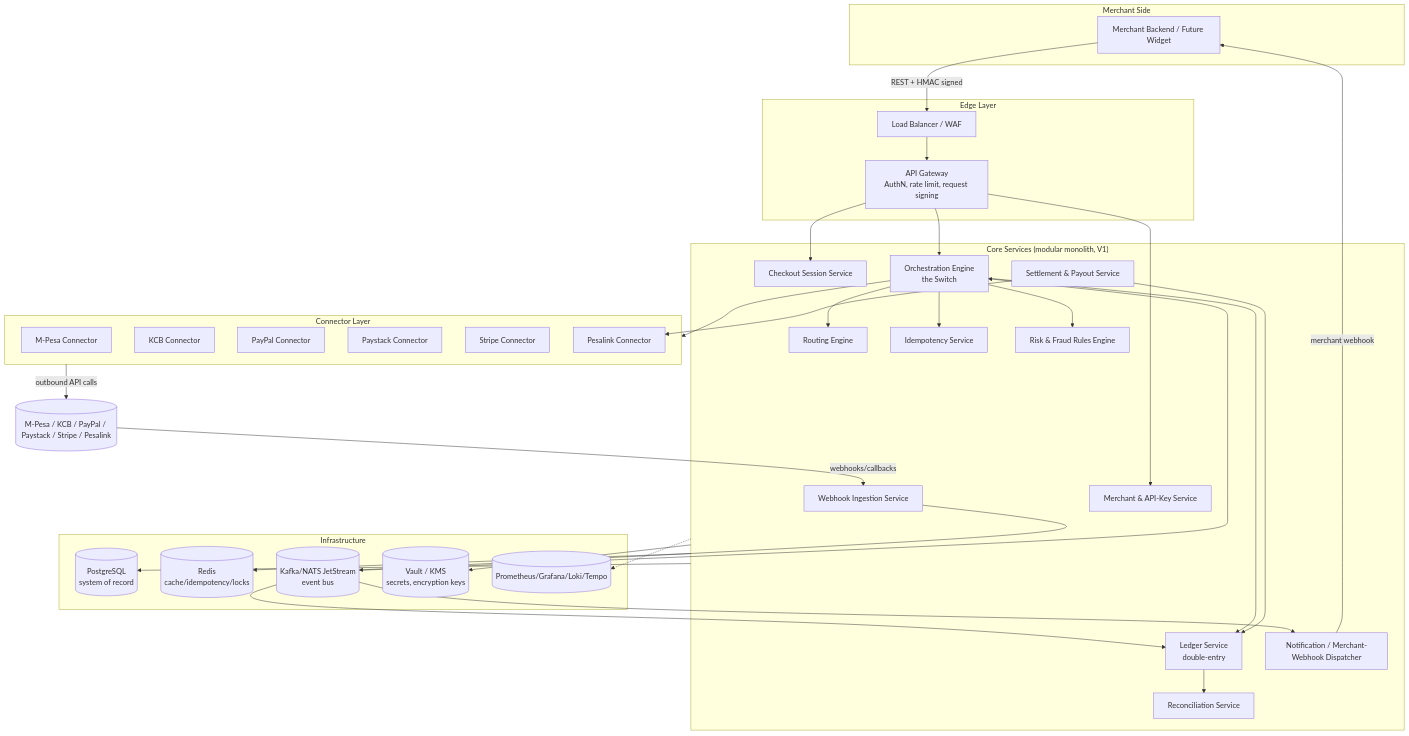
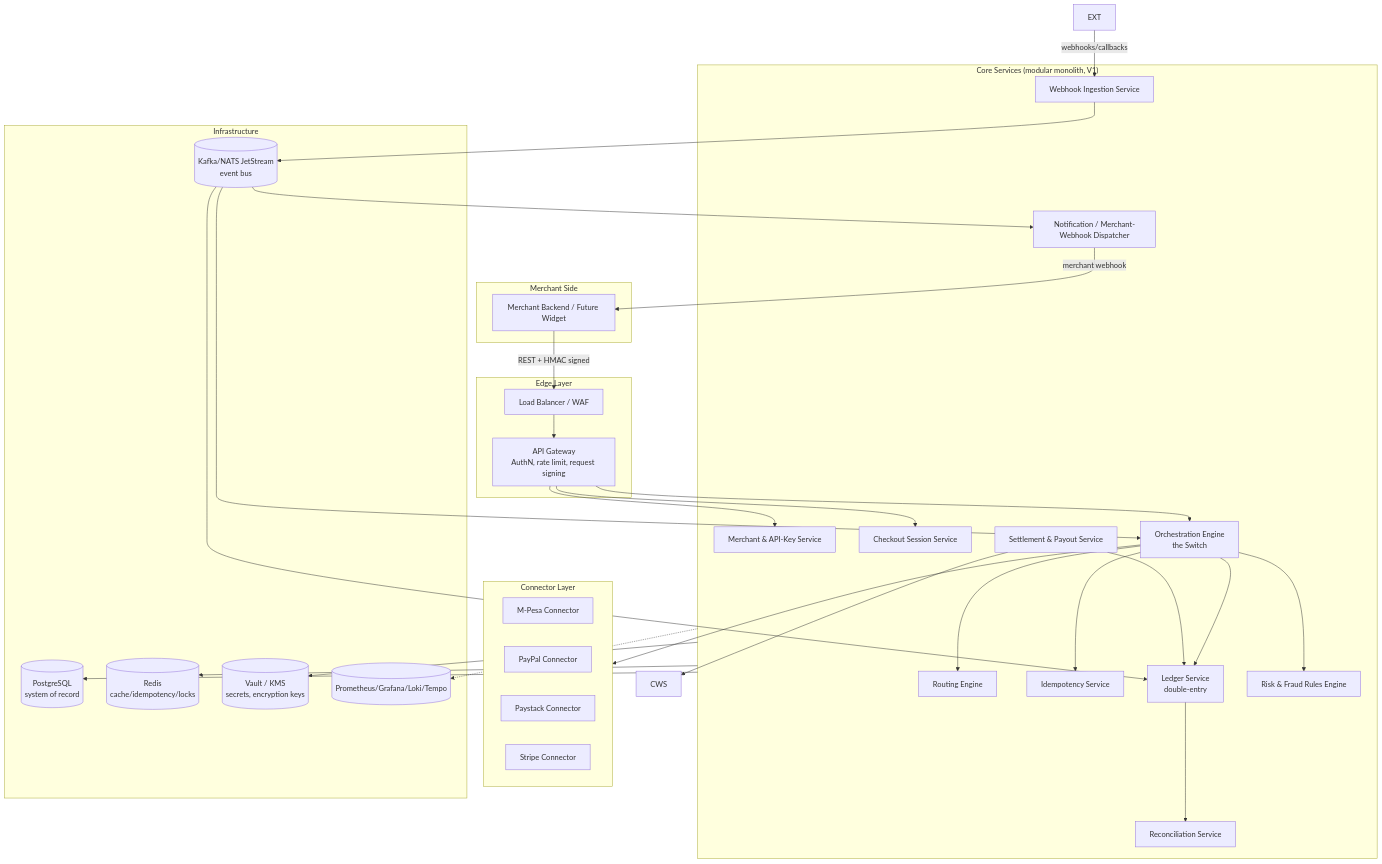
The first of 5 diagrams in architecture.md (paulodhiambo/zia), drawn with Mermaid before and after one commit. The commit also changed other lines of this file and 34 other files, not shown here.

First line of the commit message:
feat: replace KCB with Google Pay, then strip to mpesa+paystack only

````diff
--- a/architecture.md
+++ b/architecture.md
@@ -41,66 +38,63 @@
 ```mermaid
 flowchart TB
     subgraph Merchant["Merchant Side"]
         MAPP[Merchant Backend / Future Widget]
     end
 
     subgraph Edge["Edge Layer"]
         LB[Load Balancer / WAF]
         GW[API Gateway<br/>AuthN, rate limit, request signing]
     end
 
     subgraph Core["Core Services (modular monolith, V1)"]
         MS[Merchant & API-Key Service]
         CS[Checkout Session Service]
         ORC[Orchestration Engine<br/>the Switch]
         RTE[Routing Engine]
         IDP[Idempotency Service]
         LED[Ledger Service<br/>double-entry]
         REC[Reconciliation Service]
         WH[Webhook Ingestion Service]
         NOT[Notification / Merchant-Webhook Dispatcher]
         FRD[Risk & Fraud Rules Engine]
         SET[Settlement & Payout Service]
     end
 
     subgraph Conn["Connector Layer"]
         CMP[M-Pesa Connector]
-        CKCB[KCB Connector]
         CPP[PayPal Connector]
         CPS[Paystack Connector]
         CST[Stripe Connector]
-        CWS[Pesalink Connector]
     end
 
     subgraph Infra["Infrastructure"]
         PG[(PostgreSQL<br/>system of record)]
         RDS[(Redis<br/>cache/idempotency/locks)]
         MQ[(Kafka/NATS JetStream<br/>event bus)]
         VLT[(Vault / KMS<br/>secrets, encryption keys)]
         OBS[(Prometheus/Grafana/Loki/Tempo)]
     end
 
     MAPP -->|REST + HMAC signed| LB --> GW
     GW --> MS
     GW --> CS
     GW --> ORC
     ORC --> RTE
     ORC --> IDP
     ORC --> FRD
     ORC --> Conn
-    Conn -->|outbound API calls| EXT[(M-Pesa / KCB / PayPal / Paystack / Stripe / Pesalink)]
     EXT -->|webhooks/callbacks| WH
     WH --> MQ
     MQ --> ORC
     MQ --> LED
     MQ --> NOT
     NOT -->|merchant webhook| MAPP
     ORC --> LED
     LED --> REC
     SET --> CWS
     SET --> LED
     Core --> PG
     Core --> RDS
     Core --> VLT
     Core -.-> OBS
 ```
````
